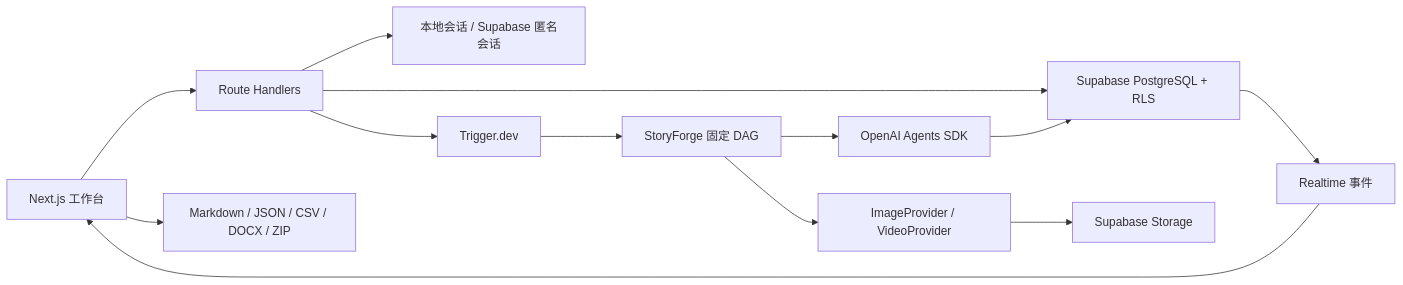
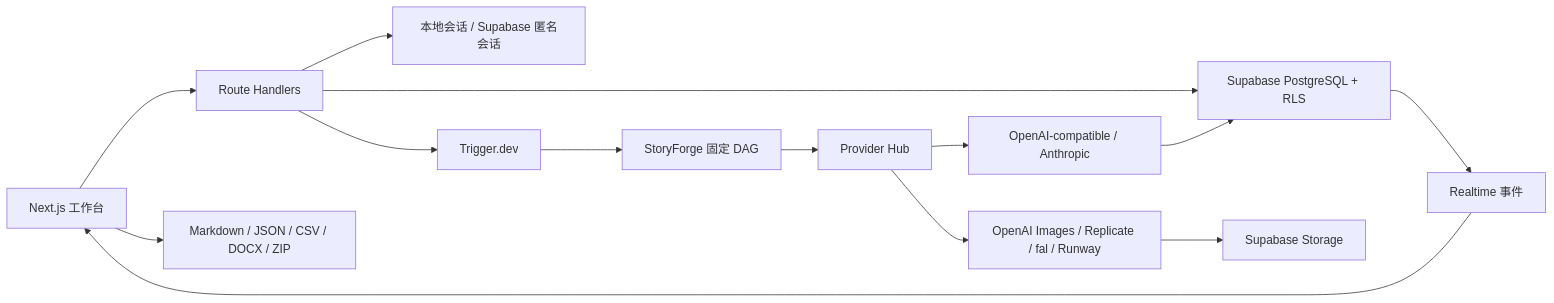
The second of 3 diagrams in README.md (eventlp02-commits/storyforge-agent), drawn with Mermaid before and after one commit. The commit also changed other lines of this file and 30 other files, not shown here.

Commit message:
Add multi-provider model hub

````diff
--- a/README.md
+++ b/README.md
@@ -80,15 +80,16 @@
 ```mermaid
 flowchart LR
   UI["Next.js 工作台"] --> API["Route Handlers"]
   API --> AUTH["本地会话 / Supabase 匿名会话"]
   API --> DB["Supabase PostgreSQL + RLS"]
   API --> TR["Trigger.dev"]
   TR --> DAG["StoryForge 固定 DAG"]
-  DAG --> SDK["OpenAI Agents SDK"]
-  DAG --> MEDIA["ImageProvider / VideoProvider"]
+  DAG --> HUB["Provider Hub"]
+  HUB --> SDK["OpenAI-compatible / Anthropic"]
+  HUB --> MEDIA["OpenAI Images / Replicate / fal / Runway"]
   SDK --> DB
   MEDIA --> STORE["Supabase Storage"]
   DB --> RT["Realtime 事件"]
   RT --> UI
   UI --> ZIP["Markdown / JSON / CSV / DOCX / ZIP"]
 ```
````
